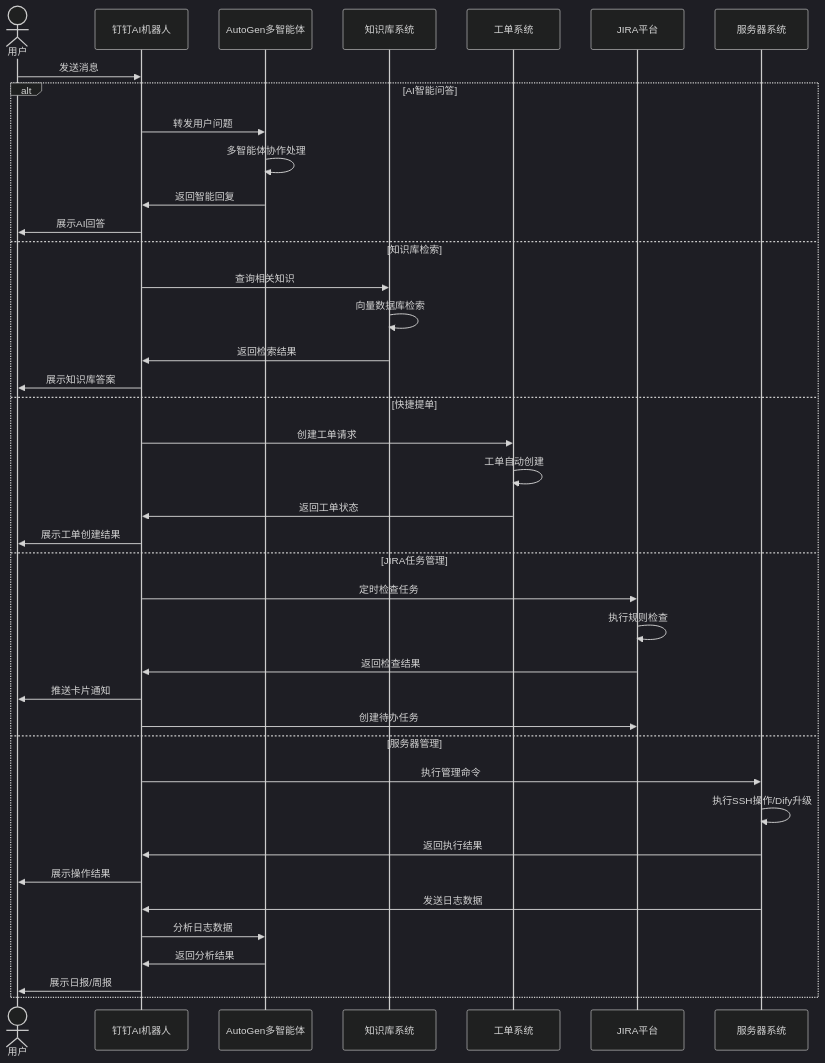
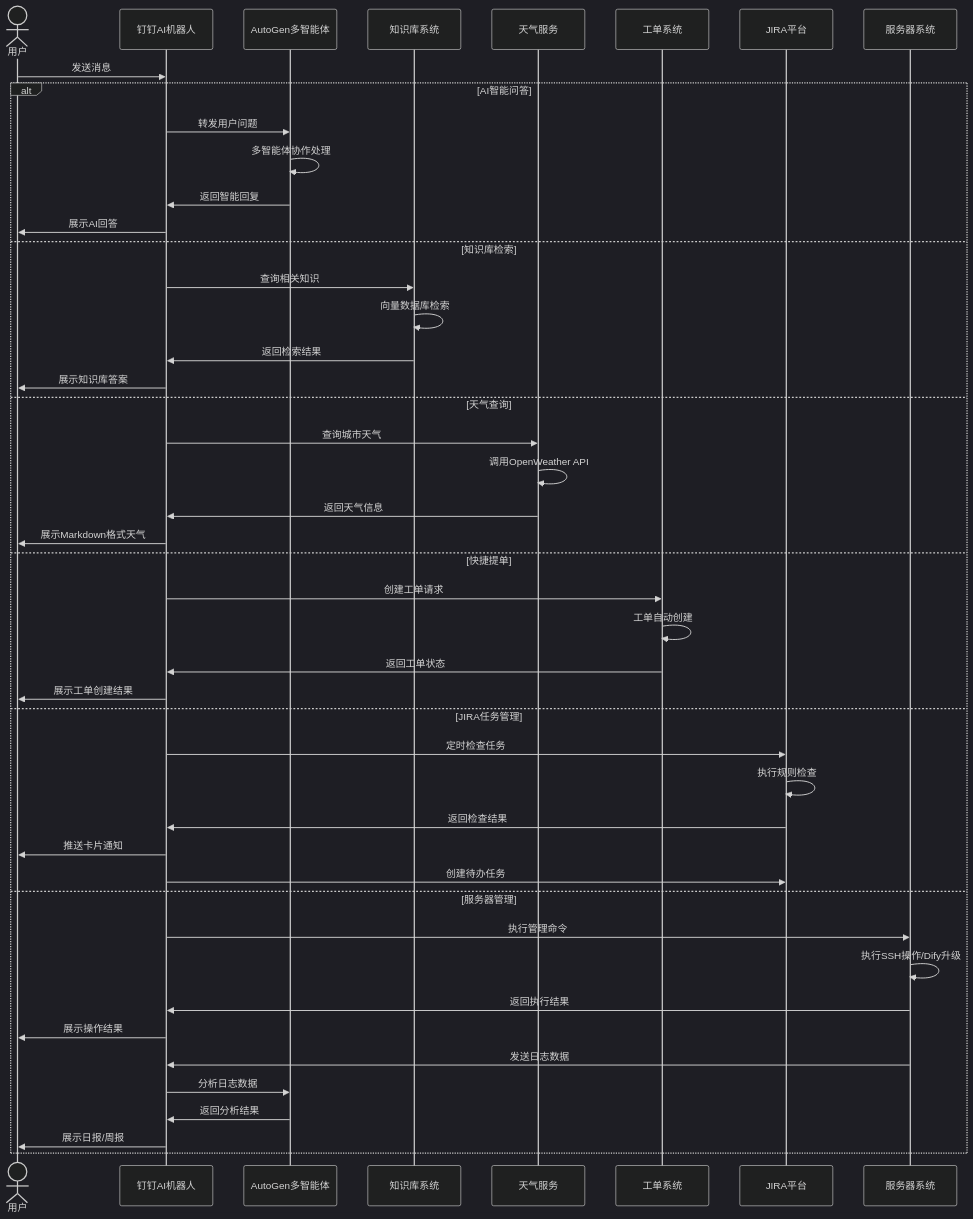
Before and after one commit to DellDi/dingtalk-ai-robot: the first of 2 diagrams in README.md, drawn with Mermaid (dark theme). The commit also changed other lines of this file and 10 other files, not shown here.

````diff
--- a/README.md
+++ b/README.md
@@ -9,53 +9,61 @@
 ```mermaid
 sequenceDiagram
     actor User as 用户
     participant Bot as 钉钉AI机器人
     participant AI as AutoGen多智能体
     participant KB as 知识库系统
+    participant Weather as 天气服务
     participant Ticket as 工单系统
     participant JIRA as JIRA平台
     participant Server as 服务器系统
     
     User->>Bot: 发送消息
     
     %% AI智能问答流程
     alt AI智能问答
         Bot->>AI: 转发用户问题
         AI->>AI: 多智能体协作处理
         AI->>Bot: 返回智能回复
         Bot->>User: 展示AI回答
     
     %% 知识库检索流程
     else 知识库检索
         Bot->>KB: 查询相关知识
         KB->>KB: 向量数据库检索
         KB->>Bot: 返回检索结果
         Bot->>User: 展示知识库答案
+    
+    %% 天气查询流程
+    else 天气查询
+        Bot->>Weather: 查询城市天气
+        Weather->>Weather: 调用OpenWeather API
+        Weather->>Bot: 返回天气信息
+        Bot->>User: 展示Markdown格式天气
     
     %% 快捷提单流程
     else 快捷提单
         Bot->>Ticket: 创建工单请求
         Ticket->>Ticket: 工单自动创建
         Ticket->>Bot: 返回工单状态
         Bot->>User: 展示工单创建结果
     
     %% JIRA任务管理流程
     else JIRA任务管理
         Bot->>JIRA: 定时检查任务
         JIRA->>JIRA: 执行规则检查
         JIRA->>Bot: 返回检查结果
         Bot->>User: 推送卡片通知
         Bot->>JIRA: 创建待办任务
     
     %% 服务器管理流程
     else 服务器管理
         Bot->>Server: 执行管理命令
         Server->>Server: 执行SSH操作/Dify升级
         Server->>Bot: 返回执行结果
         Bot->>User: 展示操作结果
         Server->>Bot: 发送日志数据
         Bot->>AI: 分析日志数据
         AI->>Bot: 返回分析结果
         Bot->>User: 展示日报/周报
     end
 ```
````
